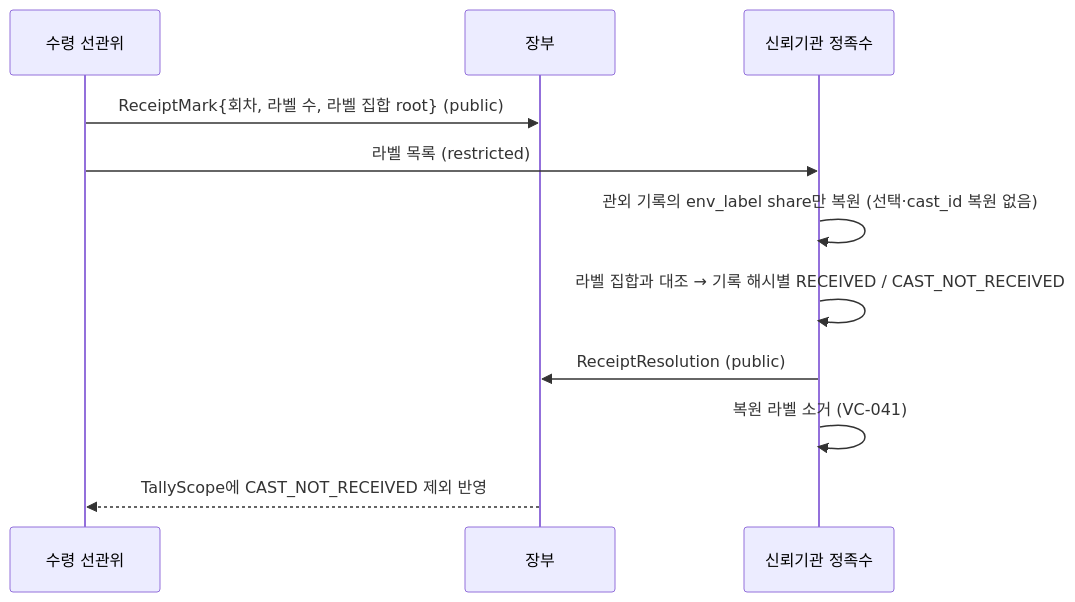
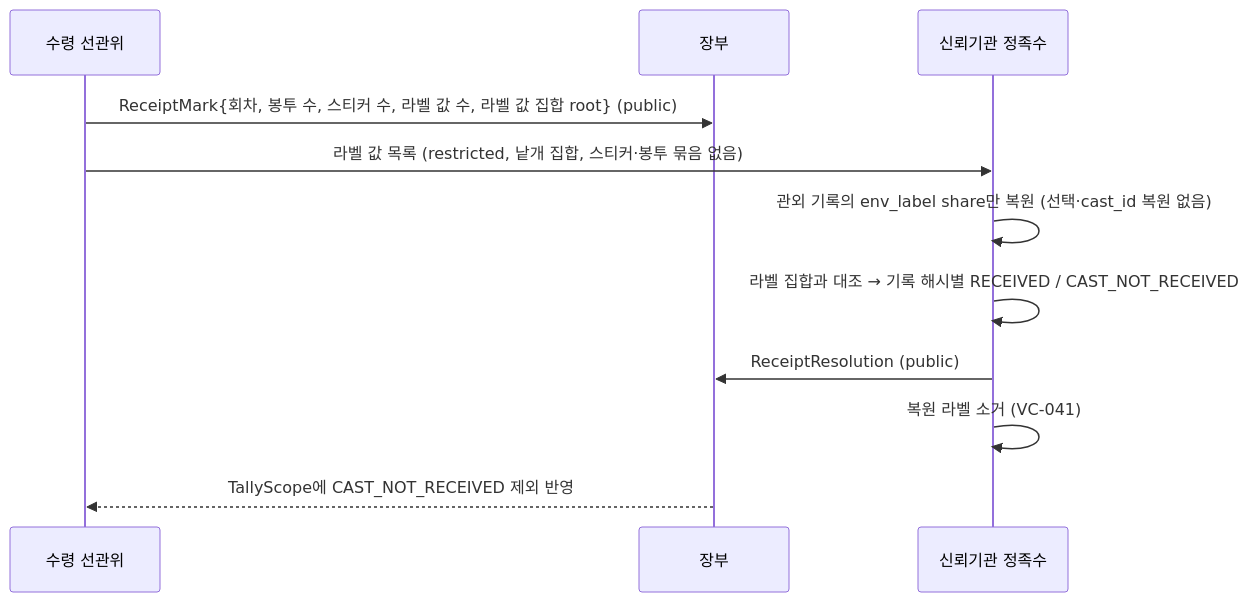
One commit to dudueul/ityv changed diagram 12 of 13 in docs/processing/PROCESSING_FLOWS.md. Above: the diagram before and after it, drawn with Mermaid. The commit also changed other lines of this file and 13 other files, not shown here.

````diff
--- a/docs/processing/PROCESSING_FLOWS.md
+++ b/docs/processing/PROCESSING_FLOWS.md
@@ -351,13 +360,13 @@
 ```mermaid
 sequenceDiagram
     participant R as 수령 선관위
     participant L as 장부
     participant Q as 신뢰기관 정족수
-    R->>L: ReceiptMark{회차, 라벨 수, 라벨 집합 root} (public)
-    R->>Q: 라벨 목록 (restricted)
+    R->>L: ReceiptMark{회차, 봉투 수, 스티커 수, 라벨 값 수, 라벨 값 집합 root} (public)
+    R->>Q: 라벨 값 목록 (restricted, 낱개 집합, 스티커·봉투 묶음 없음)
     Q->>Q: 관외 기록의 env_label share만 복원 (선택·cast_id 복원 없음)
     Q->>Q: 라벨 집합과 대조 → 기록 해시별 RECEIVED / CAST_NOT_RECEIVED
     Q->>L: ReceiptResolution (public)
     Q->>Q: 복원 라벨 소거 (VC-041)
     L-->>R: TallyScope에 CAST_NOT_RECEIVED 제외 반영
 ```
````
